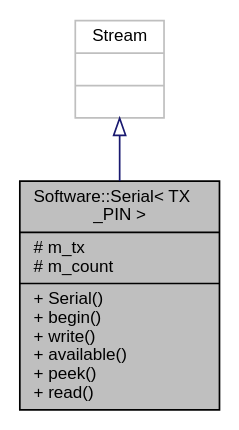
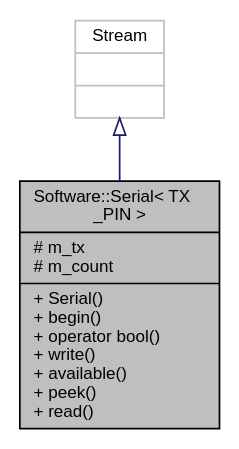
One commit to mikaelpatel/mikaelpatel.github.io changed the diagram in Arduino-GPIO/d8/d30/classSoftware_1_1Serial__inherit__graph.dot. Above: the diagram before and after it, drawn with Graphviz. The commit also changed 74 other files, not shown here.

```diff
--- a/Arduino-GPIO/d8/d30/classSoftware_1_1Serial__inherit__graph.dot
+++ b/Arduino-GPIO/d8/d30/classSoftware_1_1Serial__inherit__graph.dot
@@ -1,8 +1,8 @@
 digraph "Software::Serial&lt; TX_PIN &gt;"
 {
   edge [fontname="Helvetica",fontsize="10",labelfontname="Helvetica",labelfontsize="10"];
   node [fontname="Helvetica",fontsize="10",shape=record];
-  Node1 [label="{Software::Serial\< TX\l_PIN \>\n|# m_tx\l# m_count\l|+ Serial()\l+ begin()\l+ write()\l+ available()\l+ peek()\l+ read()\l}",height=0.2,width=0.4,color="black", fillcolor="grey75", style="filled", fontcolor="black"];
+  Node1 [label="{Software::Serial\< TX\l_PIN \>\n|# m_tx\l# m_count\l|+ Serial()\l+ begin()\l+ operator bool()\l+ write()\l+ available()\l+ peek()\l+ read()\l}",height=0.2,width=0.4,color="black", fillcolor="grey75", style="filled", fontcolor="black"];
   Node2 -> Node1 [dir="back",color="midnightblue",fontsize="10",style="solid",arrowtail="onormal",fontname="Helvetica"];
   Node2 [label="{Stream\n||}",height=0.2,width=0.4,color="grey75", fillcolor="white", style="filled"];
 }
```
